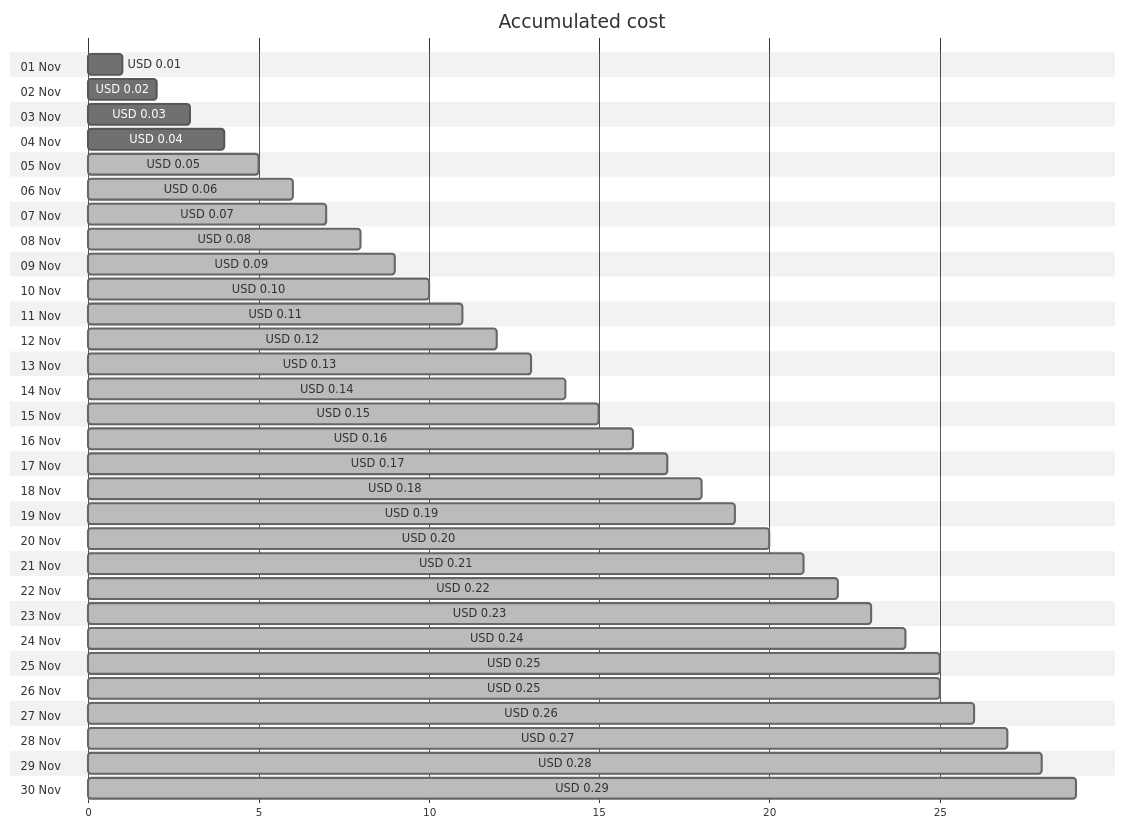
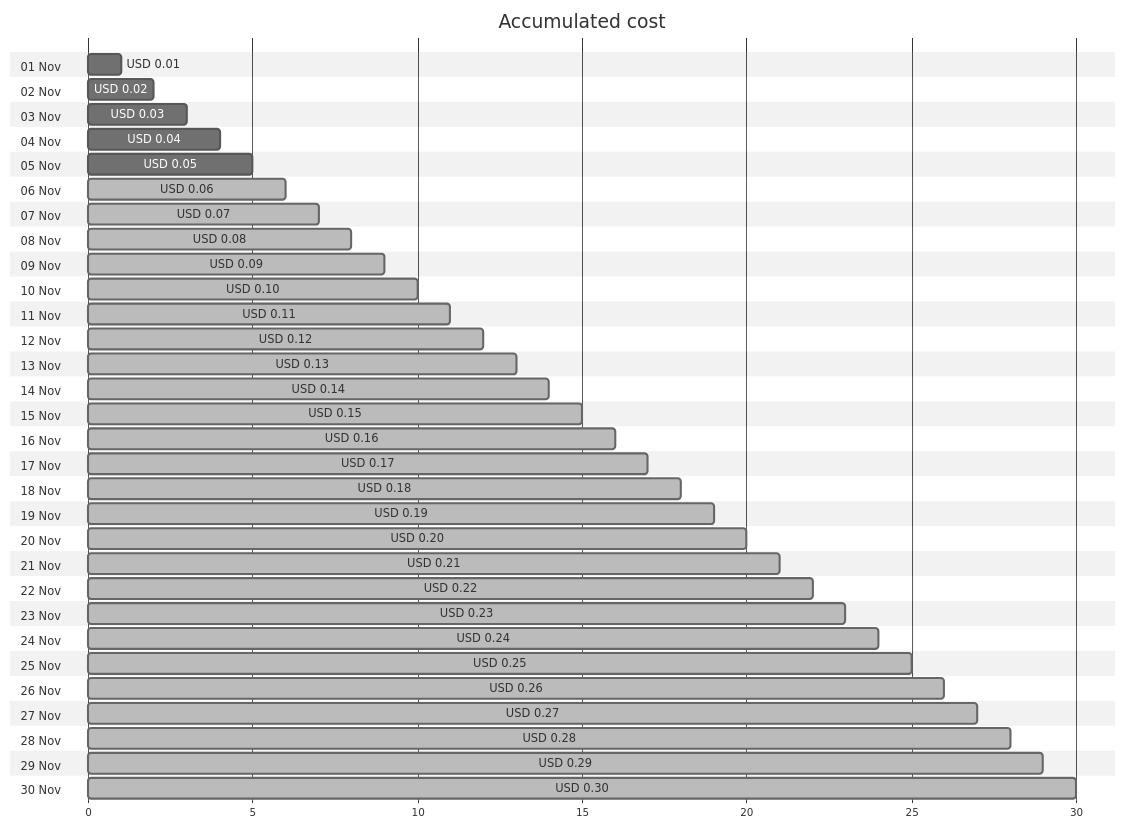
One commit to jpfulton/azure-personal-reports changed the first of 4 diagrams in cost-reports/cloud-shell-storage-eastus/README.md. Above: the diagram before and after it, drawn with Mermaid (neutral theme). The commit also changed other lines of this file and 1 other file, not shown here.

````diff
--- a/cost-reports/cloud-shell-storage-eastus/README.md
+++ b/cost-reports/cloud-shell-storage-eastus/README.md
@@ -20,66 +20,66 @@
 ```mermaid
 gantt
    title Accumulated cost
    dateFormat  X
    axisFormat %s
    section 01 Nov
    USD 0.01 :0, 1
    section 02 Nov
    USD 0.02 :0, 2
    section 03 Nov
    USD 0.03 :0, 3
    section 04 Nov
    USD 0.04 :0, 4
    section 05 Nov
-   USD 0.05 : done, 0, 5
+   USD 0.05 :0, 5
    section 06 Nov
    USD 0.06 : done, 0, 6
    section 07 Nov
    USD 0.07 : done, 0, 7
    section 08 Nov
    USD 0.08 : done, 0, 8
    section 09 Nov
    USD 0.09 : done, 0, 9
    section 10 Nov
    USD 0.10 : done, 0, 10
    section 11 Nov
    USD 0.11 : done, 0, 11
    section 12 Nov
    USD 0.12 : done, 0, 12
    section 13 Nov
    USD 0.13 : done, 0, 13
    section 14 Nov
    USD 0.14 : done, 0, 14
    section 15 Nov
    USD 0.15 : done, 0, 15
    section 16 Nov
    USD 0.16 : done, 0, 16
    section 17 Nov
    USD 0.17 : done, 0, 17
    section 18 Nov
    USD 0.18 : done, 0, 18
    section 19 Nov
    USD 0.19 : done, 0, 19
    section 20 Nov
    USD 0.20 : done, 0, 20
    section 21 Nov
    USD 0.21 : done, 0, 21
    section 22 Nov
    USD 0.22 : done, 0, 22
    section 23 Nov
    USD 0.23 : done, 0, 23
    section 24 Nov
    USD 0.24 : done, 0, 24
    section 25 Nov
    USD 0.25 : done, 0, 25
    section 26 Nov
-   USD 0.25 : done, 0, 25
+   USD 0.26 : done, 0, 26
    section 27 Nov
-   USD 0.26 : done, 0, 26
+   USD 0.27 : done, 0, 27
    section 28 Nov
-   USD 0.27 : done, 0, 27
+   USD 0.28 : done, 0, 28
    section 29 Nov
-   USD 0.28 : done, 0, 28
+   USD 0.29 : done, 0, 29
    section 30 Nov
-   USD 0.29 : done, 0, 29
+   USD 0.30 : done, 0, 30
 ```
````
